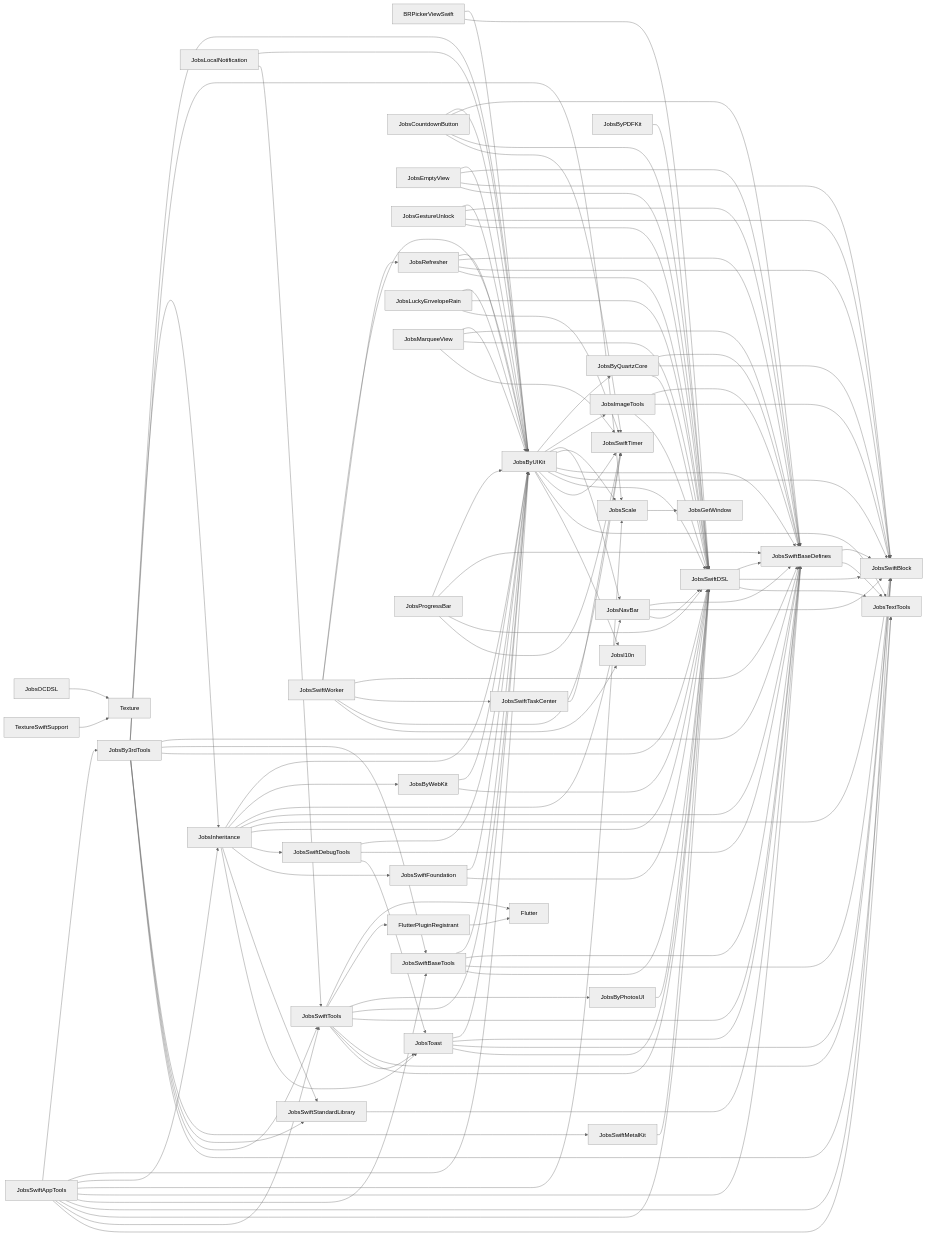
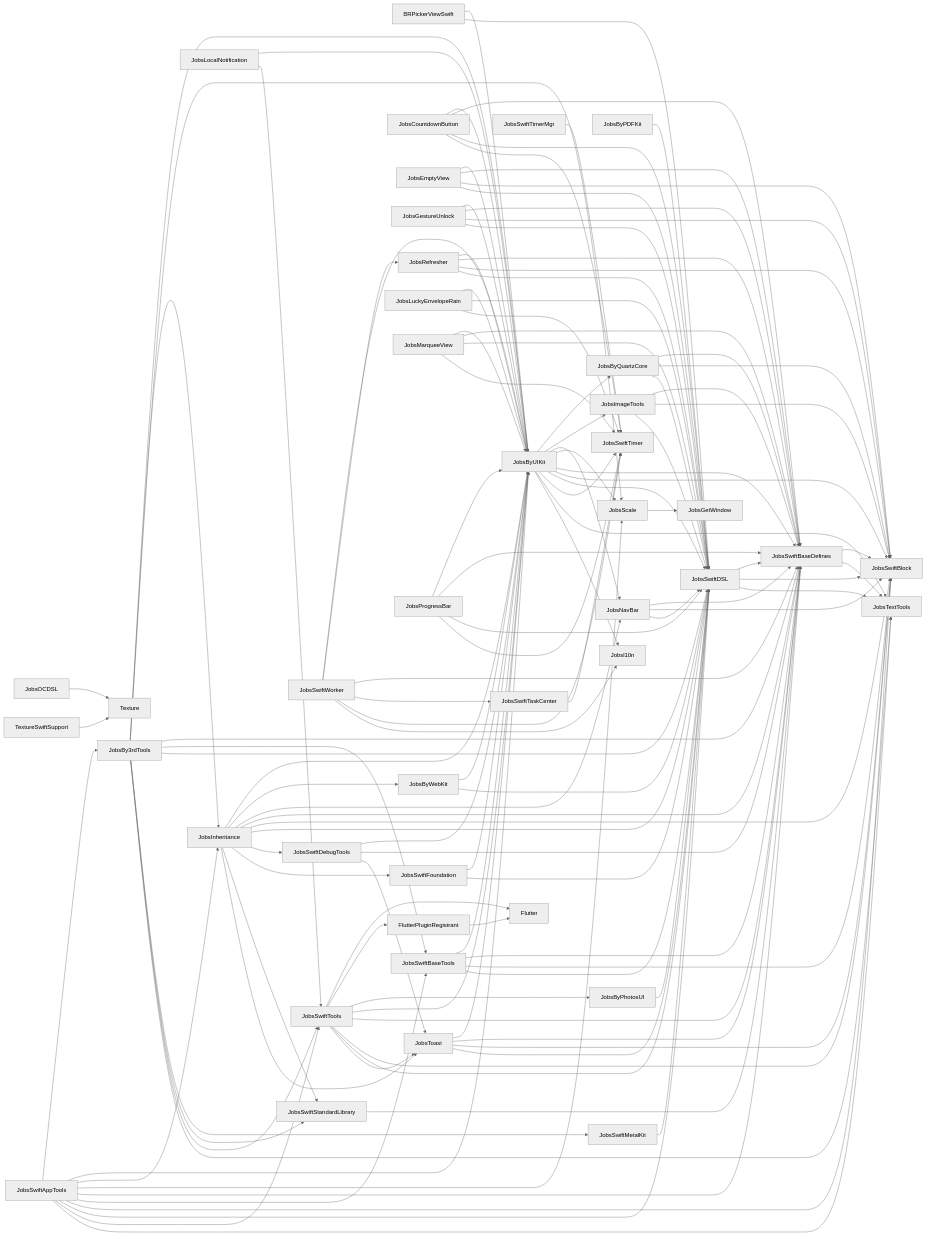
Before and after one commit to JobsKits/JobsSwiftBaseConfigDemo: the diagram in PodspecDependencyReport/PodspecDependencies_internal.mmd, drawn with Mermaid (neutral theme). The commit also changed 21 other files, not shown here.

```diff
--- a/PodspecDependencyReport/PodspecDependencies_internal.mmd
+++ b/PodspecDependencyReport/PodspecDependencies_internal.mmd
@@ -1,124 +1,125 @@
 flowchart LR
   Nd4b3dbc3878b["BRPickerViewSwift"] --> N32038075ad22["JobsByUIKit"]
   Nd4b3dbc3878b["BRPickerViewSwift"] --> Nbd4d8031c54b["JobsSwiftDSL"]
   N14747c15d95a["FlutterPluginRegistrant"] --> Nc047b10eee76["Flutter"]
   Nfe1ff997a5d3["JobsBy3rdTools"] --> N32038075ad22["JobsByUIKit"]
   Nfe1ff997a5d3["JobsBy3rdTools"] --> N7a9c7bee01af["JobsInheritance"]
   Nfe1ff997a5d3["JobsBy3rdTools"] --> Nc605e6b5421d["JobsScale"]
   Nfe1ff997a5d3["JobsBy3rdTools"] --> N8dbe54185e82["JobsSwiftBaseDefines"]
   Nfe1ff997a5d3["JobsBy3rdTools"] --> N5c1ec45910c6["JobsSwiftBaseTools"]
   Nfe1ff997a5d3["JobsBy3rdTools"] --> Nbd4d8031c54b["JobsSwiftDSL"]
   Nfe1ff997a5d3["JobsBy3rdTools"] --> N9ab5a04190d8["JobsSwiftMetalKit"]
   Nfe1ff997a5d3["JobsBy3rdTools"] --> N8f1bbfe879cc["JobsSwiftStandardLibrary"]
   Nfe1ff997a5d3["JobsBy3rdTools"] --> Na568a595b2c6["JobsSwiftTools"]
   Nfe1ff997a5d3["JobsBy3rdTools"] --> Nfc90a51d0828["JobsTextTools"]
   Nf7efbfe37151["JobsByPDFKit"] --> Nbd4d8031c54b["JobsSwiftDSL"]
   Nca216f1c5269["JobsByPhotosUI"] --> Nbd4d8031c54b["JobsSwiftDSL"]
   Nc743e46b146a["JobsByQuartzCore"] --> N8dbe54185e82["JobsSwiftBaseDefines"]
   Nc743e46b146a["JobsByQuartzCore"] --> Nc7567108c45a["JobsSwiftBlock"]
   Nc743e46b146a["JobsByQuartzCore"] --> Nbd4d8031c54b["JobsSwiftDSL"]
   N32038075ad22["JobsByUIKit"] --> Nc743e46b146a["JobsByQuartzCore"]
   N32038075ad22["JobsByUIKit"] --> N6dbcbd6c076c["JobsImageTools"]
   N32038075ad22["JobsByUIKit"] --> Nd9dbfc611984["JobsNavBar"]
   N32038075ad22["JobsByUIKit"] --> Nc605e6b5421d["JobsScale"]
   N32038075ad22["JobsByUIKit"] --> N8dbe54185e82["JobsSwiftBaseDefines"]
   N32038075ad22["JobsByUIKit"] --> Nc7567108c45a["JobsSwiftBlock"]
   N32038075ad22["JobsByUIKit"] --> Nbd4d8031c54b["JobsSwiftDSL"]
   N32038075ad22["JobsByUIKit"] --> Nfd94adb51598["JobsSwiftTimer"]
   N32038075ad22["JobsByUIKit"] --> Nfc90a51d0828["JobsTextTools"]
   N32038075ad22["JobsByUIKit"] --> N9dff37c8d77e["Jobsl10n"]
   N1f955db97679["JobsByWebKit"] --> N32038075ad22["JobsByUIKit"]
   N1f955db97679["JobsByWebKit"] --> Nbd4d8031c54b["JobsSwiftDSL"]
   N8a2865d24b8e["JobsCountdownButton"] --> N32038075ad22["JobsByUIKit"]
   N8a2865d24b8e["JobsCountdownButton"] --> N8dbe54185e82["JobsSwiftBaseDefines"]
   N8a2865d24b8e["JobsCountdownButton"] --> Nbd4d8031c54b["JobsSwiftDSL"]
   N8a2865d24b8e["JobsCountdownButton"] --> Nfd94adb51598["JobsSwiftTimer"]
   Nb2853a7530c8["JobsEmptyView"] --> N32038075ad22["JobsByUIKit"]
   Nb2853a7530c8["JobsEmptyView"] --> N8dbe54185e82["JobsSwiftBaseDefines"]
   Nb2853a7530c8["JobsEmptyView"] --> Nc7567108c45a["JobsSwiftBlock"]
   Nb2853a7530c8["JobsEmptyView"] --> Nbd4d8031c54b["JobsSwiftDSL"]
   N8ce46417a954["JobsGestureUnlock"] --> N32038075ad22["JobsByUIKit"]
   N8ce46417a954["JobsGestureUnlock"] --> N8dbe54185e82["JobsSwiftBaseDefines"]
   N8ce46417a954["JobsGestureUnlock"] --> Nc7567108c45a["JobsSwiftBlock"]
   N8ce46417a954["JobsGestureUnlock"] --> Nbd4d8031c54b["JobsSwiftDSL"]
   N6dbcbd6c076c["JobsImageTools"] --> N8dbe54185e82["JobsSwiftBaseDefines"]
   N6dbcbd6c076c["JobsImageTools"] --> Nc7567108c45a["JobsSwiftBlock"]
   N6dbcbd6c076c["JobsImageTools"] --> Nbd4d8031c54b["JobsSwiftDSL"]
   N7a9c7bee01af["JobsInheritance"] --> N32038075ad22["JobsByUIKit"]
   N7a9c7bee01af["JobsInheritance"] --> N1f955db97679["JobsByWebKit"]
   N7a9c7bee01af["JobsInheritance"] --> Nd9dbfc611984["JobsNavBar"]
   N7a9c7bee01af["JobsInheritance"] --> N8dbe54185e82["JobsSwiftBaseDefines"]
   N7a9c7bee01af["JobsInheritance"] --> Nc7567108c45a["JobsSwiftBlock"]
   N7a9c7bee01af["JobsInheritance"] --> Nbd4d8031c54b["JobsSwiftDSL"]
   N7a9c7bee01af["JobsInheritance"] --> N807eaeffe5a4["JobsSwiftDebugTools"]
   N7a9c7bee01af["JobsInheritance"] --> N37fa4b9e4579["JobsSwiftFoundation"]
   N7a9c7bee01af["JobsInheritance"] --> N8f1bbfe879cc["JobsSwiftStandardLibrary"]
   N7a9c7bee01af["JobsInheritance"] --> N9817f6c3f4e6["JobsToast"]
   N21756f8f29e8["JobsLocalNotification"] --> N32038075ad22["JobsByUIKit"]
   N21756f8f29e8["JobsLocalNotification"] --> Na568a595b2c6["JobsSwiftTools"]
   N899875e07d1b["JobsLuckyEnvelopeRain"] --> N32038075ad22["JobsByUIKit"]
   N899875e07d1b["JobsLuckyEnvelopeRain"] --> Nbd4d8031c54b["JobsSwiftDSL"]
   N899875e07d1b["JobsLuckyEnvelopeRain"] --> Nfd94adb51598["JobsSwiftTimer"]
   N9e7dc84491e8["JobsMarqueeView"] --> N32038075ad22["JobsByUIKit"]
   N9e7dc84491e8["JobsMarqueeView"] --> N8dbe54185e82["JobsSwiftBaseDefines"]
   N9e7dc84491e8["JobsMarqueeView"] --> Nbd4d8031c54b["JobsSwiftDSL"]
   N9e7dc84491e8["JobsMarqueeView"] --> Nfd94adb51598["JobsSwiftTimer"]
   Nd9dbfc611984["JobsNavBar"] --> N8dbe54185e82["JobsSwiftBaseDefines"]
   Nd9dbfc611984["JobsNavBar"] --> Nc7567108c45a["JobsSwiftBlock"]
   Nd9dbfc611984["JobsNavBar"] --> Nbd4d8031c54b["JobsSwiftDSL"]
   N018c2243ba9d["JobsOCDSL"] --> Na3e8ae43188a["Texture"]
   Na62a2c62f899["JobsProgressBar"] --> N32038075ad22["JobsByUIKit"]
   Na62a2c62f899["JobsProgressBar"] --> N8dbe54185e82["JobsSwiftBaseDefines"]
   Na62a2c62f899["JobsProgressBar"] --> Nbd4d8031c54b["JobsSwiftDSL"]
   Na62a2c62f899["JobsProgressBar"] --> Nfd94adb51598["JobsSwiftTimer"]
   N4f19e371e55e["JobsRefresher"] --> N32038075ad22["JobsByUIKit"]
   N4f19e371e55e["JobsRefresher"] --> N8dbe54185e82["JobsSwiftBaseDefines"]
   N4f19e371e55e["JobsRefresher"] --> Nc7567108c45a["JobsSwiftBlock"]
   N4f19e371e55e["JobsRefresher"] --> Nbd4d8031c54b["JobsSwiftDSL"]
   Nc605e6b5421d["JobsScale"] --> N10ee0e68a559["JobsGetWindow"]
   N7203a303dc13["JobsSwiftAppTools"] --> Nfe1ff997a5d3["JobsBy3rdTools"]
   N7203a303dc13["JobsSwiftAppTools"] --> N32038075ad22["JobsByUIKit"]
   N7203a303dc13["JobsSwiftAppTools"] --> N7a9c7bee01af["JobsInheritance"]
   N7203a303dc13["JobsSwiftAppTools"] --> Nc605e6b5421d["JobsScale"]
   N7203a303dc13["JobsSwiftAppTools"] --> N8dbe54185e82["JobsSwiftBaseDefines"]
   N7203a303dc13["JobsSwiftAppTools"] --> N5c1ec45910c6["JobsSwiftBaseTools"]
   N7203a303dc13["JobsSwiftAppTools"] --> Nc7567108c45a["JobsSwiftBlock"]
   N7203a303dc13["JobsSwiftAppTools"] --> Nbd4d8031c54b["JobsSwiftDSL"]
   N7203a303dc13["JobsSwiftAppTools"] --> Na568a595b2c6["JobsSwiftTools"]
   N7203a303dc13["JobsSwiftAppTools"] --> Nfc90a51d0828["JobsTextTools"]
   N8dbe54185e82["JobsSwiftBaseDefines"] --> Nc7567108c45a["JobsSwiftBlock"]
   N8dbe54185e82["JobsSwiftBaseDefines"] --> Nfc90a51d0828["JobsTextTools"]
   N5c1ec45910c6["JobsSwiftBaseTools"] --> N32038075ad22["JobsByUIKit"]
   N5c1ec45910c6["JobsSwiftBaseTools"] --> N8dbe54185e82["JobsSwiftBaseDefines"]
   N5c1ec45910c6["JobsSwiftBaseTools"] --> Nc7567108c45a["JobsSwiftBlock"]
   N5c1ec45910c6["JobsSwiftBaseTools"] --> Nbd4d8031c54b["JobsSwiftDSL"]
   Nbd4d8031c54b["JobsSwiftDSL"] --> N8dbe54185e82["JobsSwiftBaseDefines"]
   Nbd4d8031c54b["JobsSwiftDSL"] --> Nc7567108c45a["JobsSwiftBlock"]
   Nbd4d8031c54b["JobsSwiftDSL"] --> Nfc90a51d0828["JobsTextTools"]
   N807eaeffe5a4["JobsSwiftDebugTools"] --> N32038075ad22["JobsByUIKit"]
   N807eaeffe5a4["JobsSwiftDebugTools"] --> N8dbe54185e82["JobsSwiftBaseDefines"]
   N807eaeffe5a4["JobsSwiftDebugTools"] --> N9817f6c3f4e6["JobsToast"]
   N37fa4b9e4579["JobsSwiftFoundation"] --> N32038075ad22["JobsByUIKit"]
   N37fa4b9e4579["JobsSwiftFoundation"] --> Nbd4d8031c54b["JobsSwiftDSL"]
   N9ab5a04190d8["JobsSwiftMetalKit"] --> Nbd4d8031c54b["JobsSwiftDSL"]
   N8f1bbfe879cc["JobsSwiftStandardLibrary"] --> N8dbe54185e82["JobsSwiftBaseDefines"]
   Naf3906ede4aa["JobsSwiftTaskCenter"] --> Nfd94adb51598["JobsSwiftTimer"]
+  N8c210a17ad9f["JobsSwiftTimerMgr"] --> Nfd94adb51598["JobsSwiftTimer"]
   Na568a595b2c6["JobsSwiftTools"] --> Nc047b10eee76["Flutter"]
   Na568a595b2c6["JobsSwiftTools"] --> N14747c15d95a["FlutterPluginRegistrant"]
   Na568a595b2c6["JobsSwiftTools"] --> Nca216f1c5269["JobsByPhotosUI"]
   Na568a595b2c6["JobsSwiftTools"] --> N32038075ad22["JobsByUIKit"]
   Na568a595b2c6["JobsSwiftTools"] --> N8dbe54185e82["JobsSwiftBaseDefines"]
   Na568a595b2c6["JobsSwiftTools"] --> Nc7567108c45a["JobsSwiftBlock"]
   Na568a595b2c6["JobsSwiftTools"] --> Nbd4d8031c54b["JobsSwiftDSL"]
   Na568a595b2c6["JobsSwiftTools"] --> N9817f6c3f4e6["JobsToast"]
   N2f0325b518dd["JobsSwiftWorker"] --> N32038075ad22["JobsByUIKit"]
   N2f0325b518dd["JobsSwiftWorker"] --> N4f19e371e55e["JobsRefresher"]
   N2f0325b518dd["JobsSwiftWorker"] --> N8dbe54185e82["JobsSwiftBaseDefines"]
   N2f0325b518dd["JobsSwiftWorker"] --> Naf3906ede4aa["JobsSwiftTaskCenter"]
   N2f0325b518dd["JobsSwiftWorker"] --> Nfd94adb51598["JobsSwiftTimer"]
   N2f0325b518dd["JobsSwiftWorker"] --> N9dff37c8d77e["Jobsl10n"]
   N9817f6c3f4e6["JobsToast"] --> N32038075ad22["JobsByUIKit"]
   N9817f6c3f4e6["JobsToast"] --> N8dbe54185e82["JobsSwiftBaseDefines"]
   N9817f6c3f4e6["JobsToast"] --> Nc7567108c45a["JobsSwiftBlock"]
   N9817f6c3f4e6["JobsToast"] --> Nbd4d8031c54b["JobsSwiftDSL"]
   N4b8597aa9c62["TextureSwiftSupport"] --> Na3e8ae43188a["Texture"]
```
